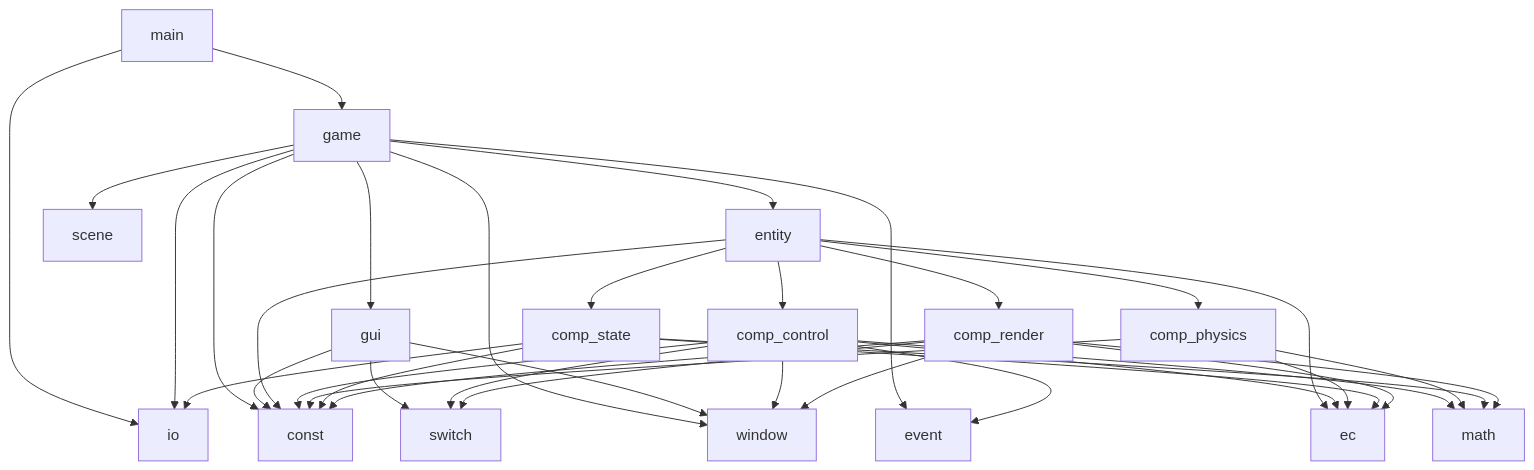
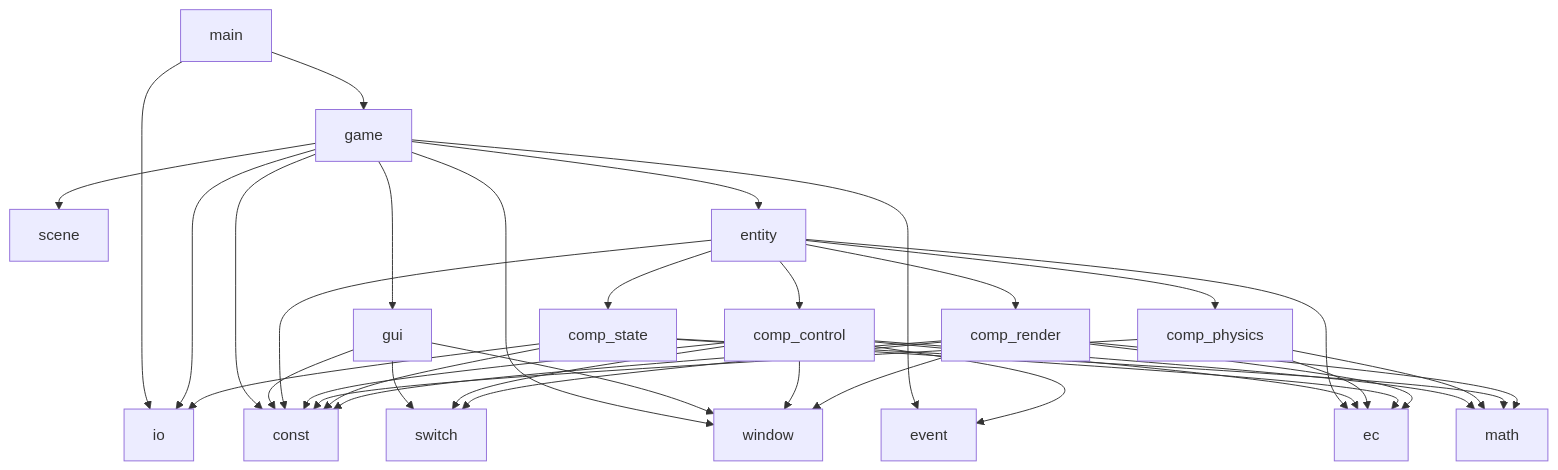
Before and after one commit to dtldyg/physics-sync-demo: the first of 4 diagrams in README.md, drawn with Mermaid. The commit also changed other lines of this file and 19 other files, not shown here.

````diff
--- a/README.md
+++ b/README.md
@@ -31,46 +29,46 @@
 ```mermaid
 graph TD
      main --> io
      main --> game
 
      game --> const
+     game --> scene
      game --> io
      game --> gui
      game --> window
      game --> event
      game --> entity
-     game --> scene
      
      gui --> const
      gui --> switch
      gui --> window
 
      entity --> const
      entity --> ec
      entity --> comp_control
      entity --> comp_physics
      entity --> comp_state
      entity --> comp_render
 
      comp_control --> const
      comp_control --> math
      comp_control --> switch
      comp_control --> ec
      comp_control --> window
      comp_control --> event
 
      comp_physics --> const
      comp_physics --> math
      comp_physics --> ec
 
      comp_state --> const
      comp_state --> math
      comp_state --> ec
      comp_state --> io
 
      comp_render --> const
      comp_render --> math
      comp_render --> switch
      comp_render --> ec
      comp_render --> window
 ```
````
